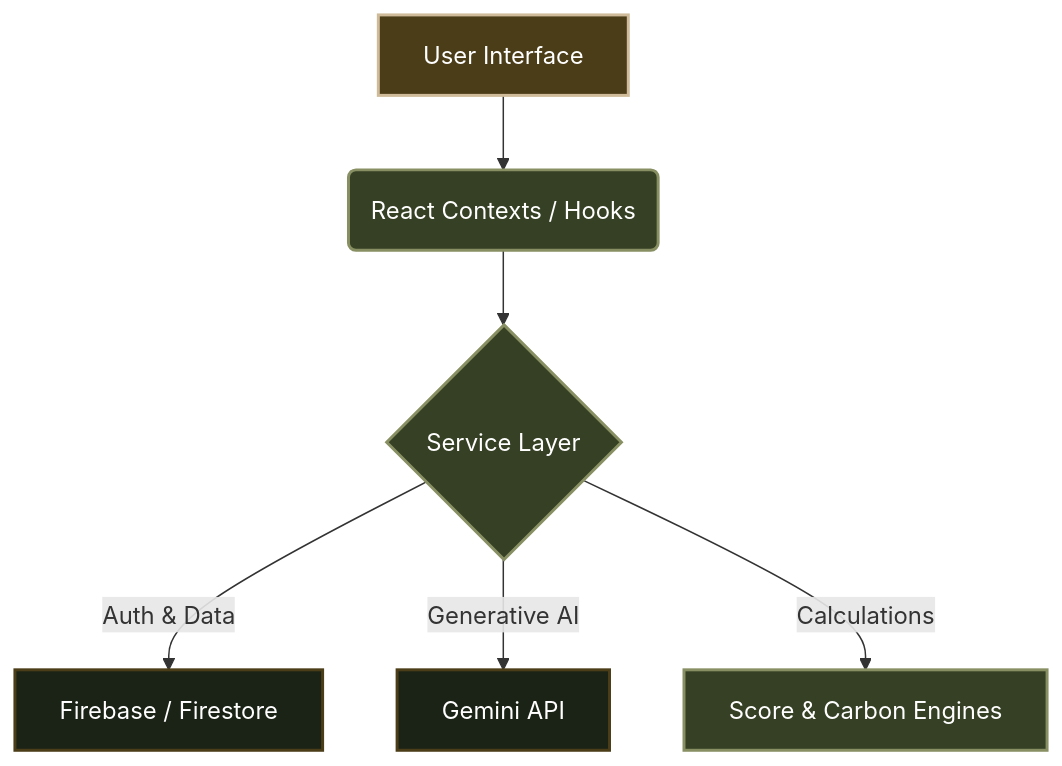
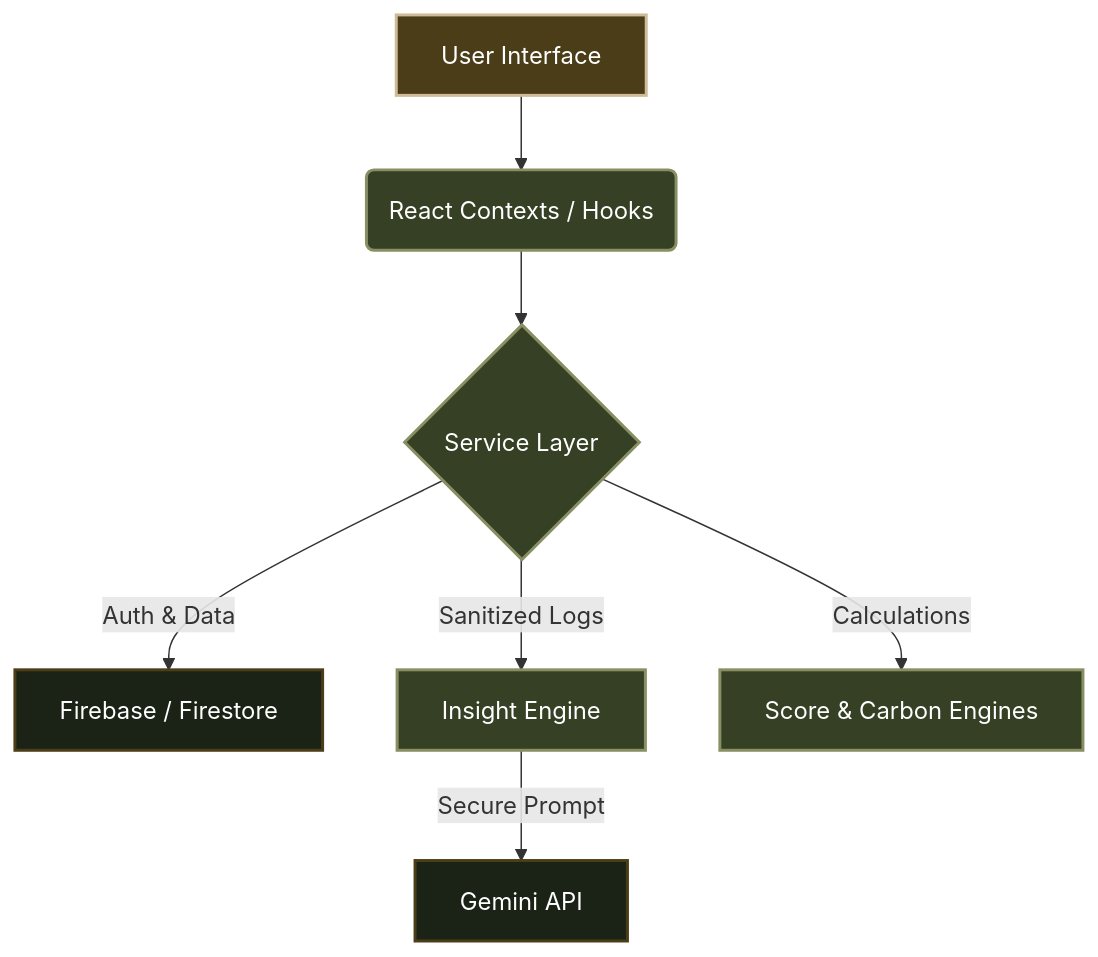
Before and after one commit to saeeekumbhar/flagged: the diagram in README.md, drawn with Mermaid. The commit also changed other lines of this file, not shown here.

Commit message:
docs: update README with detailed Testing Architecture and InsightEngine flow

````diff
--- a/README.md
+++ b/README.md
@@ -63,16 +63,17 @@
 ```mermaid
 graph TD
     A[User Interface] --> B(React Contexts / Hooks)
     B --> C{Service Layer}
     C -->|Auth & Data| D[Firebase / Firestore]
-    C -->|Generative AI| E[Gemini API]
+    C -->|Sanitized Logs| I[Insight Engine]
+    I -->|Secure Prompt| E[Gemini API]
     C -->|Calculations| F[Score & Carbon Engines]
     
     classDef ui fill:#4C3D19,stroke:#CFBB99,stroke-width:2px,color:#fff;
     classDef logic fill:#354024,stroke:#889063,stroke-width:2px,color:#fff;
     classDef external fill:#1A2315,stroke:#4C3D19,stroke-width:2px,color:#fff;
     
     class A ui;
-    class B,C,F logic;
+    class B,C,F,I logic;
     class D,E external;
 ```
````
